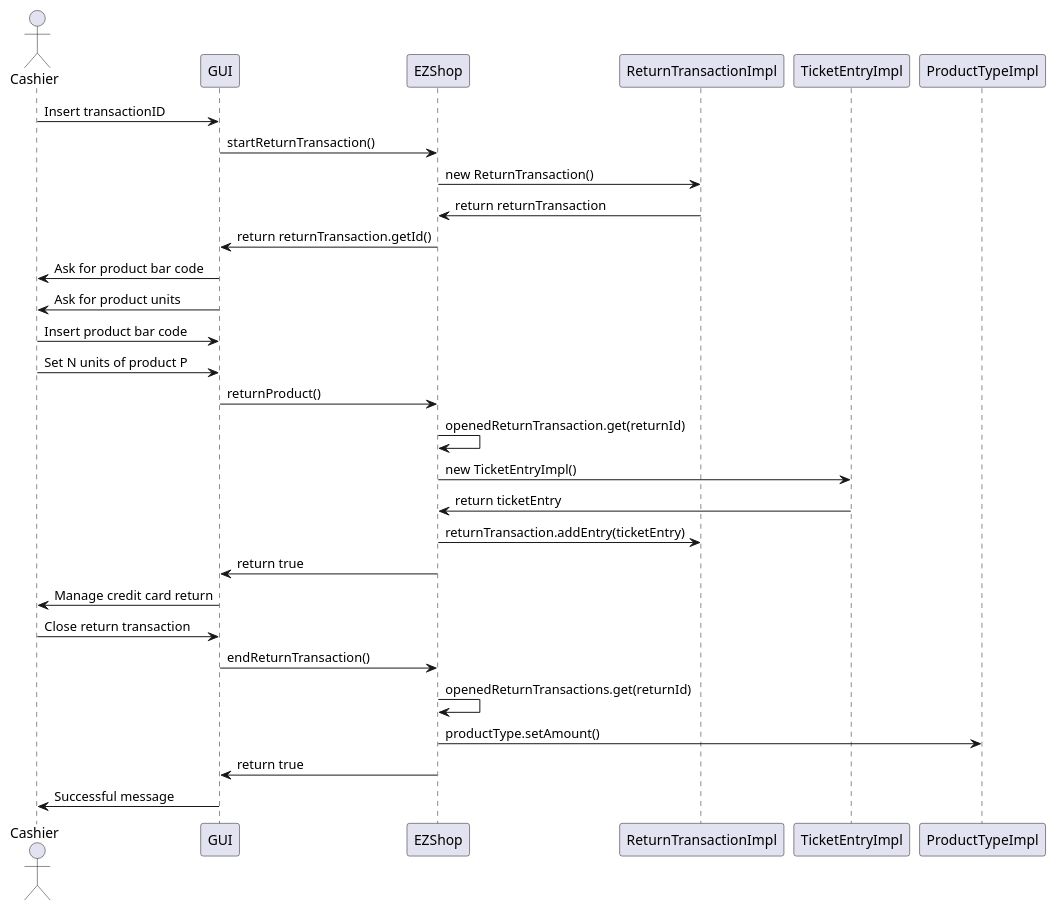
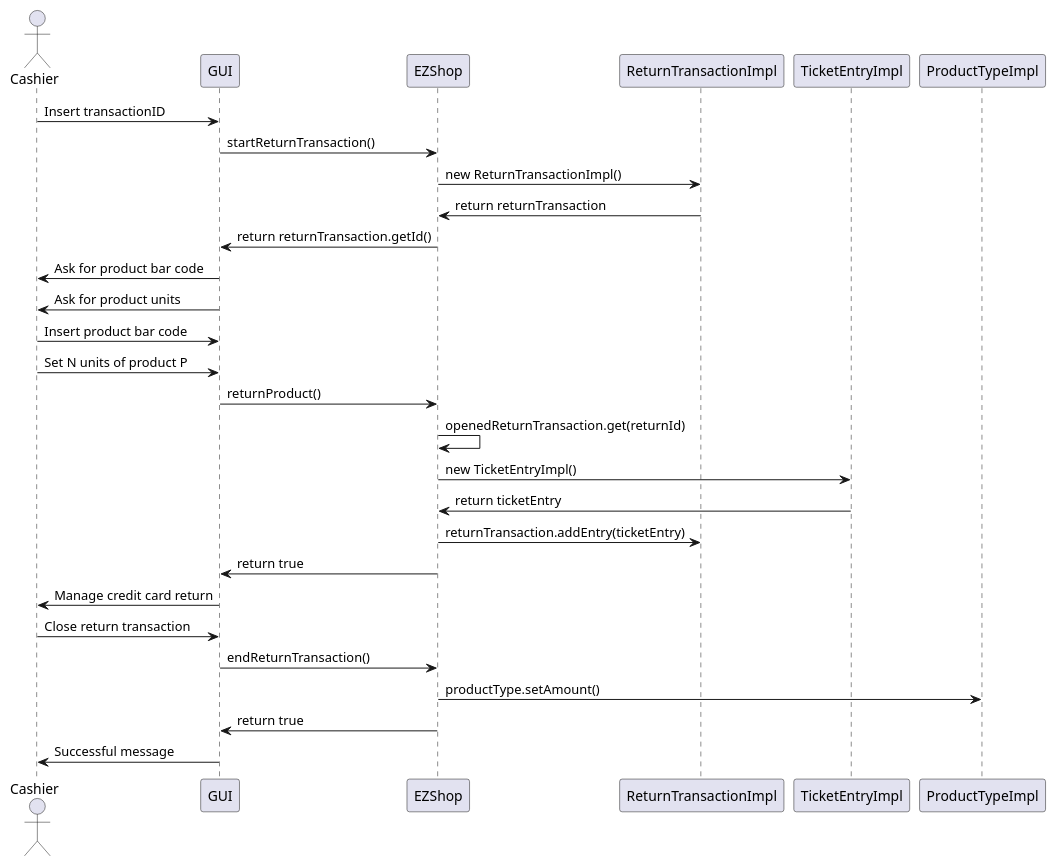
Diagram 17 of 19 in Deliverables/DesignDocument.md (ThePiromaximus/ezshop), drawn with PlantUML before and after one commit. The commit also changed other lines of this file, not shown here.

````diff
--- a/Deliverables/DesignDocument.md
+++ b/Deliverables/DesignDocument.md
@@ -531,27 +533,26 @@
 ```plantuml
 @startuml
 actor Cashier
 Cashier -> GUI : Insert transactionID
 GUI -> EZShop : startReturnTransaction()
-EZShop -> ReturnTransactionImpl : new ReturnTransaction()
+EZShop -> ReturnTransactionImpl : new ReturnTransactionImpl()
 ReturnTransactionImpl -> EZShop : return returnTransaction
 EZShop -> GUI : return returnTransaction.getId()
 GUI -> Cashier : Ask for product bar code
 GUI -> Cashier : Ask for product units
 Cashier -> GUI : Insert product bar code
 Cashier -> GUI : Set N units of product P
 GUI -> EZShop : returnProduct()
 EZShop -> EZShop : openedReturnTransaction.get(returnId)
 EZShop -> TicketEntryImpl : new TicketEntryImpl()
 TicketEntryImpl -> EZShop : return ticketEntry
 EZShop -> ReturnTransactionImpl : returnTransaction.addEntry(ticketEntry)
 EZShop -> GUI : return true
 GUI -> Cashier : Manage credit card return
 Cashier -> GUI : Close return transaction
 GUI -> EZShop : endReturnTransaction()
-EZShop -> EZShop : openedReturnTransactions.get(returnId)
 EZShop -> ProductTypeImpl : productType.setAmount()
 EZShop -> GUI : return true
 GUI -> Cashier : Successful message
 @enduml
 ```
````
